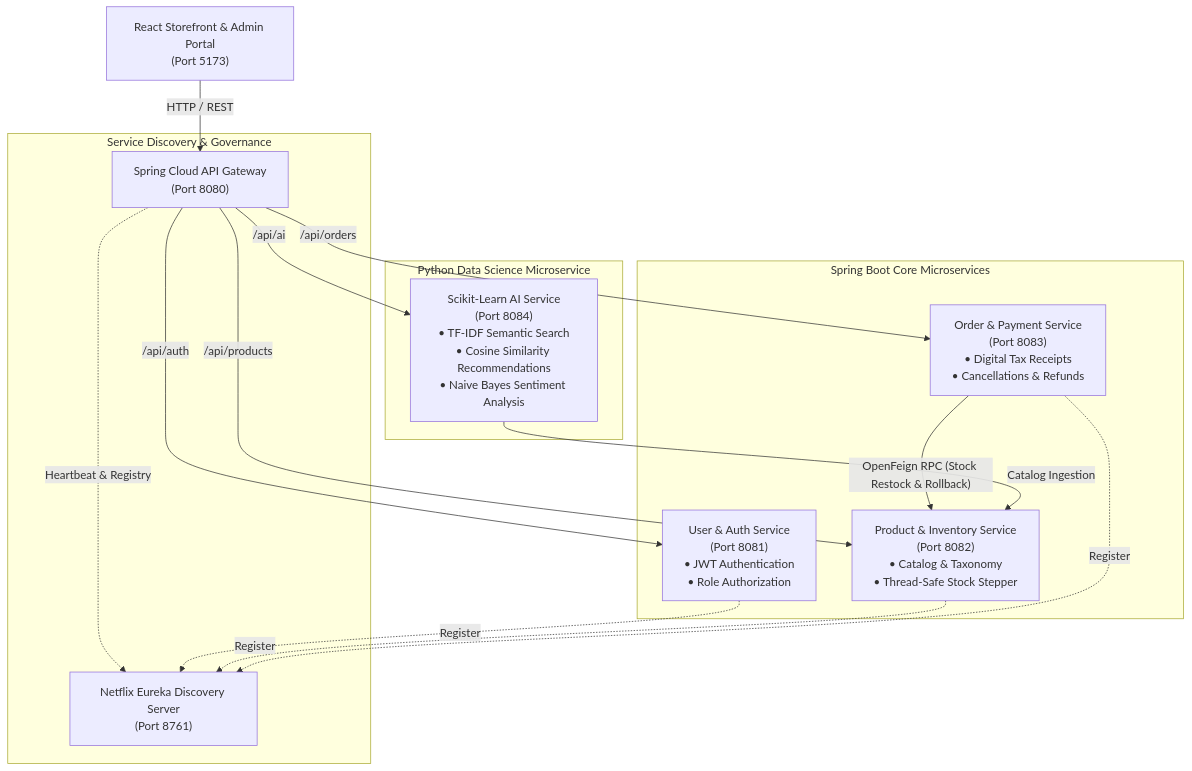
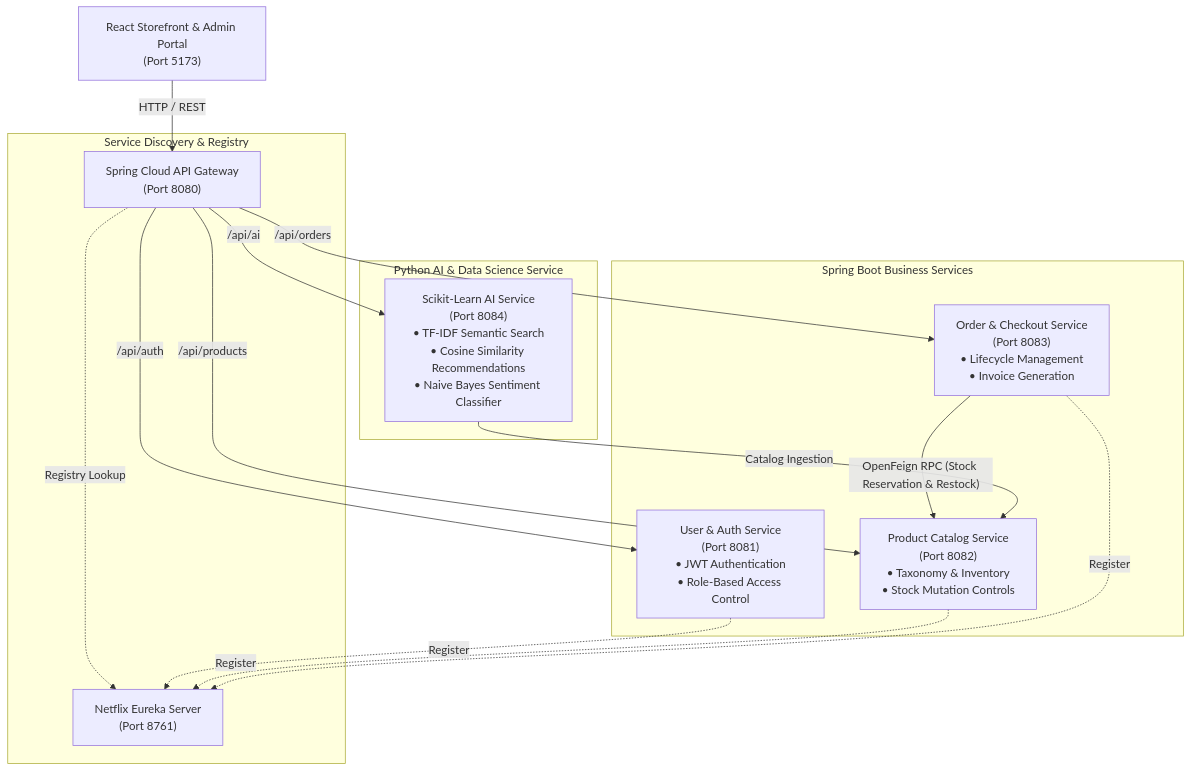
One commit to LuckyBanthia/NovaMart changed the diagram in README.md. Above: the diagram before and after it, drawn with Mermaid. The commit also changed other lines of this file, not shown here.

Commit message:
docs: overhaul README with authentic architectural breakdown, tech rationale, and setup guide

````diff
--- a/README.md
+++ b/README.md
@@ -31,26 +11,26 @@
 ```mermaid
 flowchart TD
     Client["React Storefront & Admin Portal<br/>(Port 5173)"] -->|"HTTP / REST"| Gateway["Spring Cloud API Gateway<br/>(Port 8080)"]
 
-    subgraph Discovery ["Service Discovery & Governance"]
-        Eureka["Netflix Eureka Discovery Server<br/>(Port 8761)"]
-        Gateway -.->|"Heartbeat & Registry"| Eureka
+    subgraph Discovery ["Service Discovery & Registry"]
+        Eureka["Netflix Eureka Server<br/>(Port 8761)"]
+        Gateway -.->|"Registry Lookup"| Eureka
     end
 
-    subgraph Core ["Spring Boot Core Microservices"]
-        Gateway -->|"/api/auth"| UserSvc["User & Auth Service<br/>(Port 8081)<br/>• JWT Authentication<br/>• Role Authorization"]
-        Gateway -->|"/api/products"| ProdSvc["Product & Inventory Service<br/>(Port 8082)<br/>• Catalog & Taxonomy<br/>• Thread-Safe Stock Stepper"]
-        Gateway -->|"/api/orders"| OrderSvc["Order & Payment Service<br/>(Port 8083)<br/>• Digital Tax Receipts<br/>• Cancellations & Refunds"]
+    subgraph Core ["Spring Boot Business Services"]
+        Gateway -->|"/api/auth"| UserSvc["User & Auth Service<br/>(Port 8081)<br/>• JWT Authentication<br/>• Role-Based Access Control"]
+        Gateway -->|"/api/products"| ProdSvc["Product Catalog Service<br/>(Port 8082)<br/>• Taxonomy & Inventory<br/>• Stock Mutation Controls"]
+        Gateway -->|"/api/orders"| OrderSvc["Order & Checkout Service<br/>(Port 8083)<br/>• Lifecycle Management<br/>• Invoice Generation"]
 
         UserSvc -.->|"Register"| Eureka
         ProdSvc -.->|"Register"| Eureka
         OrderSvc -.->|"Register"| Eureka
 
-        OrderSvc -->|"OpenFeign RPC (Stock Restock & Rollback)"| ProdSvc
+        OrderSvc -->|"OpenFeign RPC (Stock Reservation & Restock)"| ProdSvc
     end
 
-    subgraph AI ["Python Data Science Microservice"]
-        Gateway -->|"/api/ai"| AISvc["Scikit-Learn AI Service<br/>(Port 8084)<br/>• TF-IDF Semantic Search<br/>• Cosine Similarity Recommendations<br/>• Naive Bayes Sentiment Analysis"]
+    subgraph ML ["Python AI & Data Science Service"]
+        Gateway -->|"/api/ai"| AISvc["Scikit-Learn AI Service<br/>(Port 8084)<br/>• TF-IDF Semantic Search<br/>• Cosine Similarity Recommendations<br/>• Naive Bayes Sentiment Classifier"]
         AISvc -->|"Catalog Ingestion"| ProdSvc
     end
 ```
````
